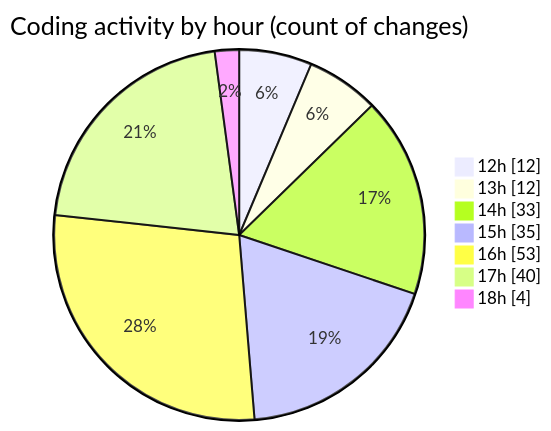
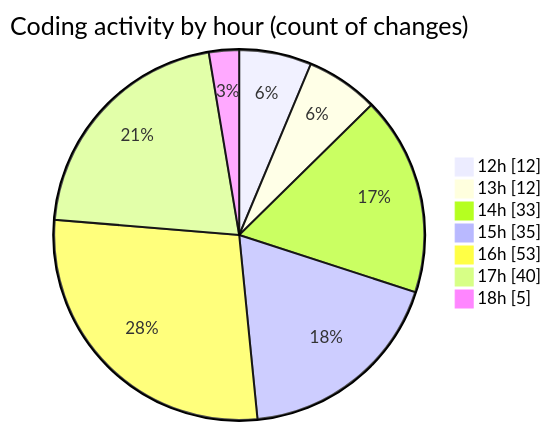
One commit to momahboobian/code-tracking changed the second of 2 diagrams in 2025-09-24/cda/README.md. Above: the diagram before and after it, drawn with Mermaid. The commit also changed other lines of this file and 1 other file, not shown here.

````diff
--- a/2025-09-24/cda/README.md
+++ b/2025-09-24/cda/README.md
@@ -45,11 +45,11 @@
 ```mermaid
 pie showData
 title Coding activity by hour (count of changes)
 "12h" : 12
 "13h" : 12
 "14h" : 33
 "15h" : 35
 "16h" : 53
 "17h" : 40
-"18h" : 4
+"18h" : 5
 ```
````
